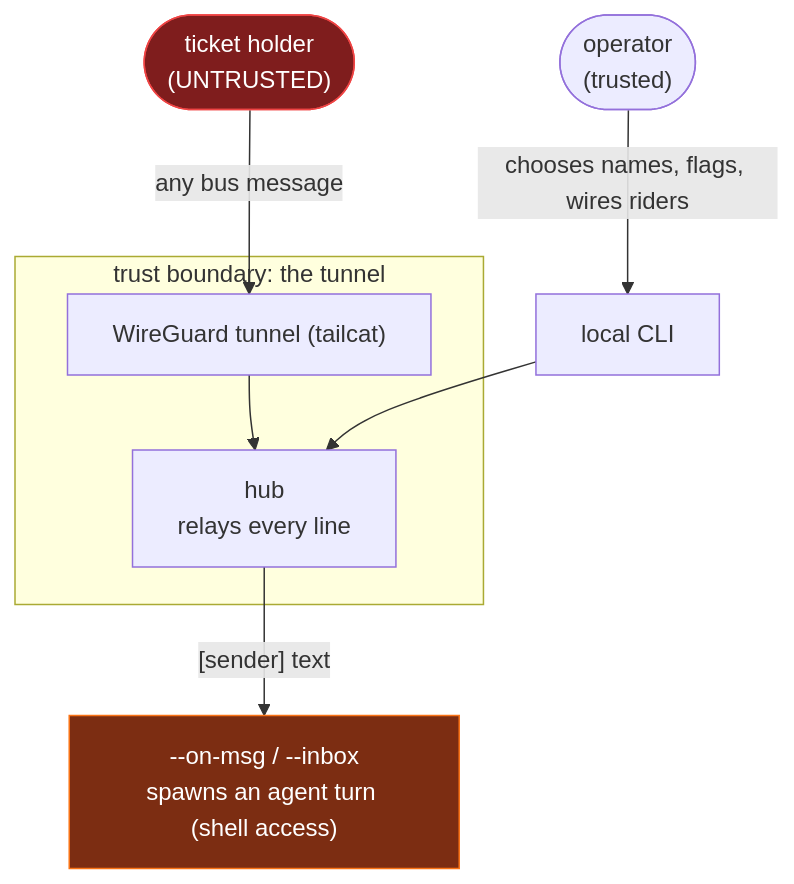
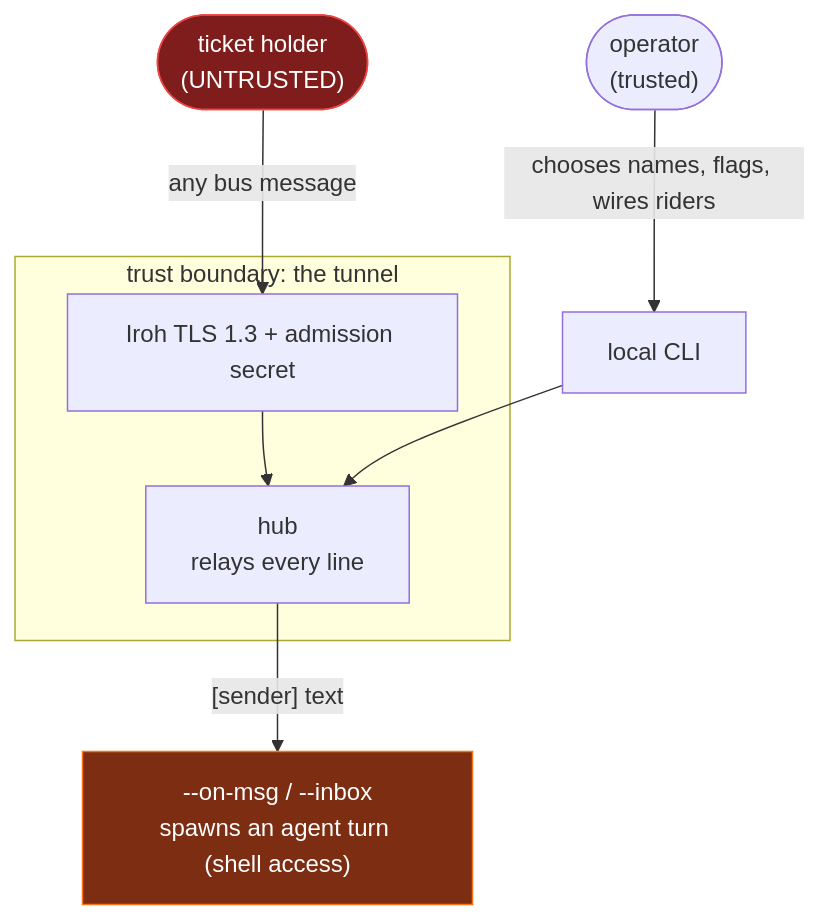
The diagram in SECURITY.md (joshuafuller/agentbus), drawn with Mermaid before and after one commit. The commit also changed other lines of this file and 47 other files, not shown here.

Commit message:
Replace Tailcat with official Rust Iroh and sandbox Codex replies (#55)

````diff
--- a/SECURITY.md
+++ b/SECURITY.md
@@ -13,17 +13,17 @@
 ```mermaid
 flowchart TB
     OP(["operator<br/>(trusted)"]) -->|chooses names, flags, wires riders| CLI["local CLI"]
     TH(["ticket holder<br/>(UNTRUSTED)"]) -->|any bus message| TUN
 
     subgraph boundary["trust boundary: the tunnel"]
-        TUN["WireGuard tunnel (tailcat)"] --> HUB["hub<br/>relays every line"]
+        TUN["Iroh TLS 1.3 + admission secret"] --> HUB["hub<br/>relays every line"]
     end
 
     CLI --> HUB
     HUB -->|"[sender] text"| DEL["--on-msg / --inbox<br/>spawns an agent turn (shell access)"]
 
     classDef untrusted fill:#7f1d1d,stroke:#ef4444,color:#fff;
     classDef danger fill:#7c2d12,stroke:#f97316,color:#fff;
     class TH untrusted;
     class DEL danger;
 ```
````
